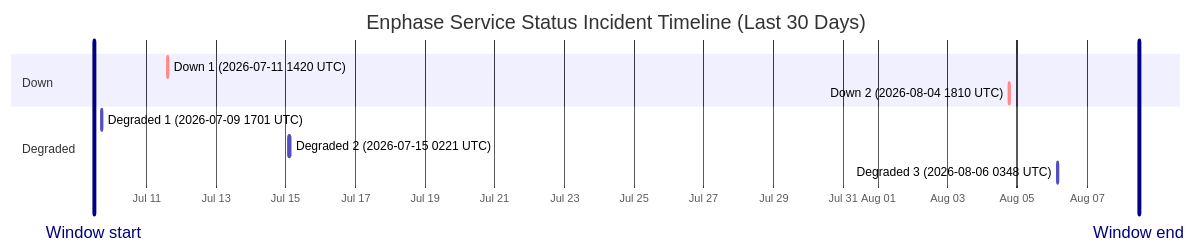
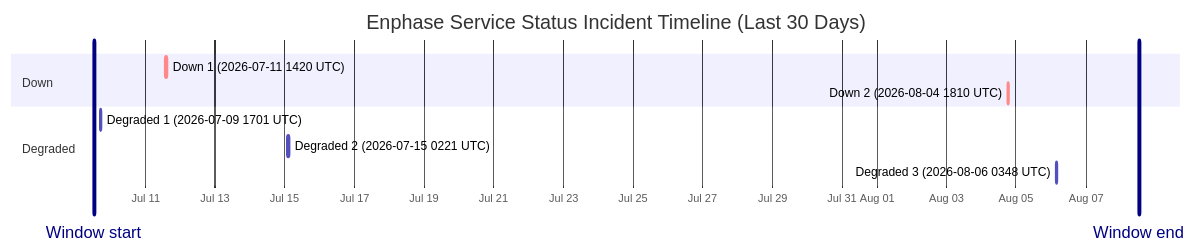
The diagram in wiki/Service-Status-History.md (barneyonline/ha-enphase-energy), drawn with Mermaid before and after one commit. The commit also changed other lines of this file and 3 other files, not shown here.

````diff
--- a/wiki/Service-Status-History.md
+++ b/wiki/Service-Status-History.md
@@ -14,15 +14,15 @@
 ```mermaid
 gantt
     title Enphase Service Status Incident Timeline (Last 30 Days)
     dateFormat  YYYY-MM-DDTHH:mm:ss
     axisFormat  %b %d
-    Window start :vert, window-start, 2026-07-09T11:54:01, 0ms
-    Window end :vert, window-end, 2026-08-08T11:54:01, 0ms
+    Window start :vert, window-start, 2026-07-09T12:43:23, 0ms
+    Window end :vert, window-end, 2026-08-08T12:43:23, 0ms
     section Down
     Down 1 (2026-07-11 1420 UTC) :crit, down-1, 2026-07-11T14:20:54, 69m
     Down 2 (2026-08-04 1810 UTC) :crit, down-2, 2026-08-04T18:10:46, 60m
     section Degraded
     Degraded 1 (2026-07-09 1701 UTC) :active, degraded-1, 2026-07-09T17:01:02, 60m
     Degraded 2 (2026-07-15 0221 UTC) :active, degraded-2, 2026-07-15T02:21:35, 60m
     Degraded 3 (2026-08-06 0348 UTC) :active, degraded-3, 2026-08-06T03:48:14, 60m
 ```
````
